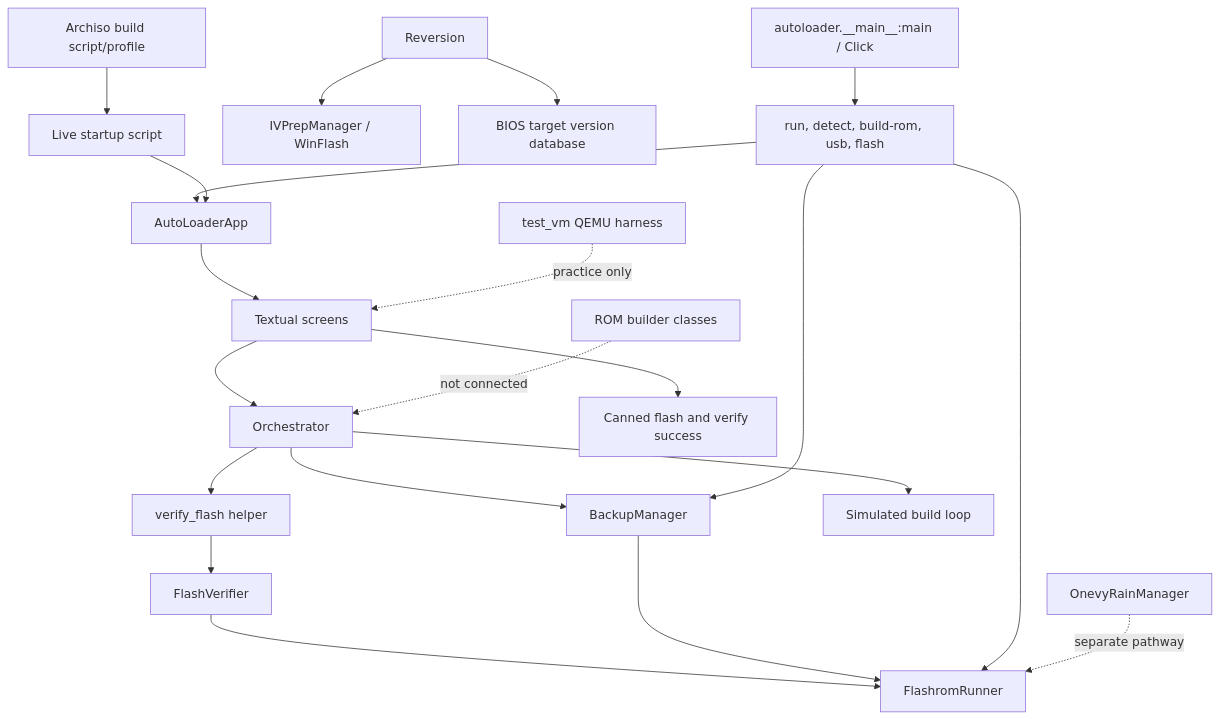
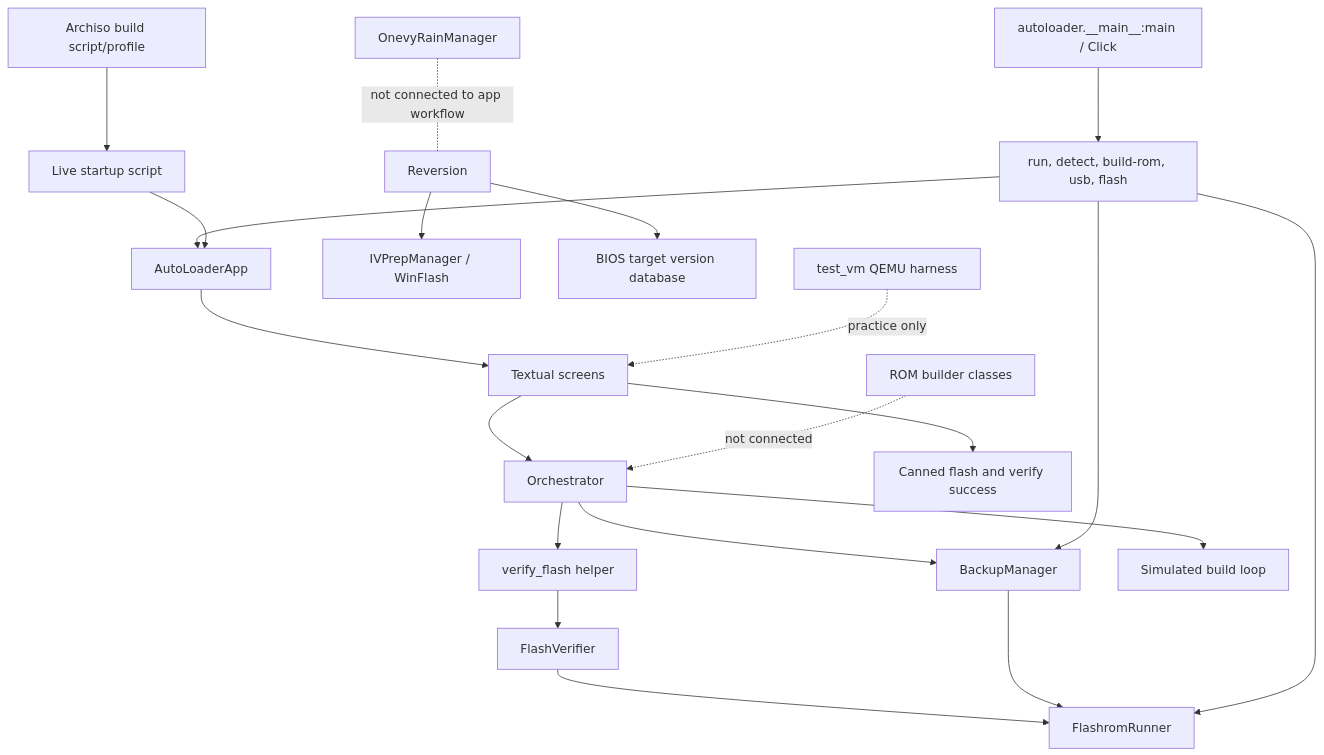
One commit to abharrison1995-droid/Libre_Core-AutoLoader changed the diagram in docs/v1/ARCHITECTURE.md. Above: the diagram before and after it, drawn with Mermaid. The commit also changed other lines of this file and 4 other files, not shown here.

````diff
--- a/docs/v1/ARCHITECTURE.md
+++ b/docs/v1/ARCHITECTURE.md
@@ -5,23 +5,23 @@
 ```mermaid
 flowchart TD
   Entry[autoloader.__main__:main / Click] --> CLI[run, detect, build-rom, usb, flash]
   CLI --> App[AutoLoaderApp]
   App --> Screens[Textual screens]
   Screens --> Orch[Orchestrator]
   Orch --> Backup[BackupManager]
   Orch --> Verify[verify_flash helper]
   Verify --> FlashVerifier[FlashVerifier]
   FlashVerifier --> Runner[FlashromRunner]
   Backup --> Runner
   CLI --> Runner
   CLI --> Backup
   Orch --> FakeBuild[Simulated build loop]
   Screens --> FakeFlash[Canned flash and verify success]
   Builder[ROM builder classes] -. not connected .-> Orch
   Reversion --> IVprep[IVPrepManager / WinFlash]
   Reversion --> BIOSDB[BIOS target version database]
-  Onevy[OnevyRainManager] -. separate pathway .-> Runner
+  Onevy[OnevyRainManager] -. not connected to app workflow .- Reversion
   USB[Archiso build script/profile] --> Start[Live startup script]
   Start --> App
   VM[test_vm QEMU harness] -. practice only .-> Screens
 ```
````
